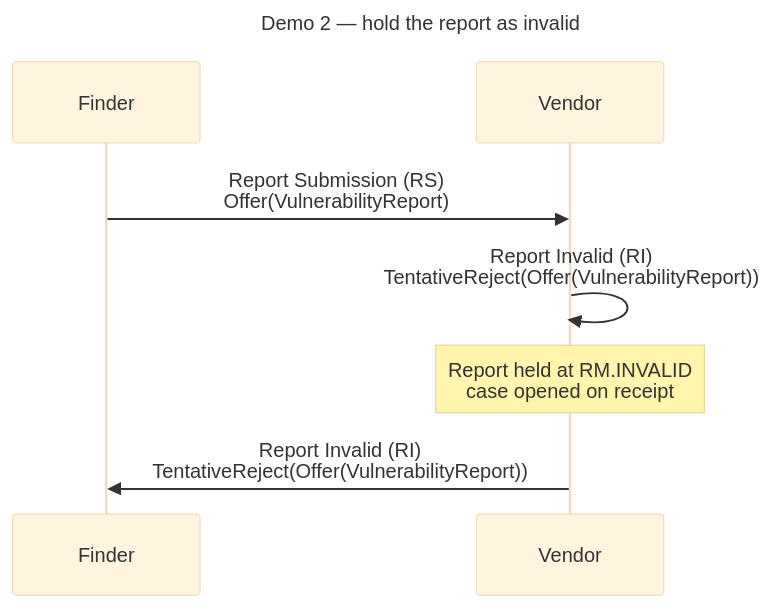
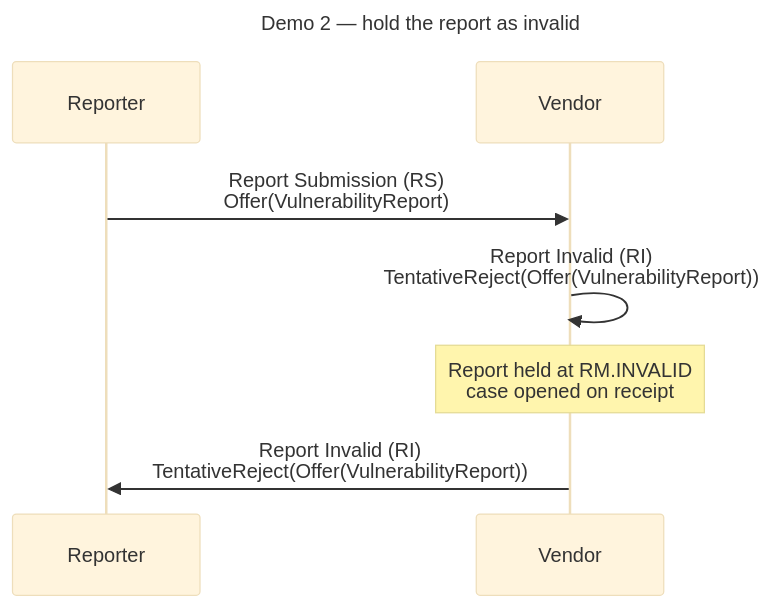
One commit to CERTCC/Vultron changed the second of 3 diagrams in docs/tutorials/receive_report_demo.md. Above: the diagram before and after it, drawn with Mermaid (base theme). The commit also changed other lines of this file and 12 other files, not shown here.

````diff
--- a/docs/tutorials/receive_report_demo.md
+++ b/docs/tutorials/receive_report_demo.md
@@ -150,13 +150,13 @@
 ```mermaid
 ---
 title: Demo 2 — hold the report as invalid
 ---
 sequenceDiagram
-    participant F as Finder
+    participant R as Reporter
     participant V as Vendor
 
-    F->>V: Report Submission (RS)<br/>Offer(VulnerabilityReport)
+    R->>V: Report Submission (RS)<br/>Offer(VulnerabilityReport)
     V->>V: Report Invalid (RI)<br/>TentativeReject(Offer(VulnerabilityReport))
     Note over V: Report held at RM.INVALID<br/>case opened on receipt
-    V->>F: Report Invalid (RI)<br/>TentativeReject(Offer(VulnerabilityReport))
+    V->>R: Report Invalid (RI)<br/>TentativeReject(Offer(VulnerabilityReport))
 ```
````
